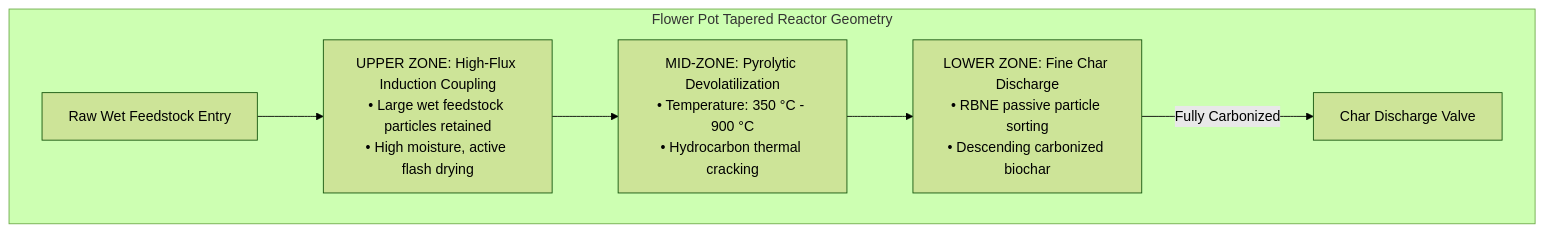
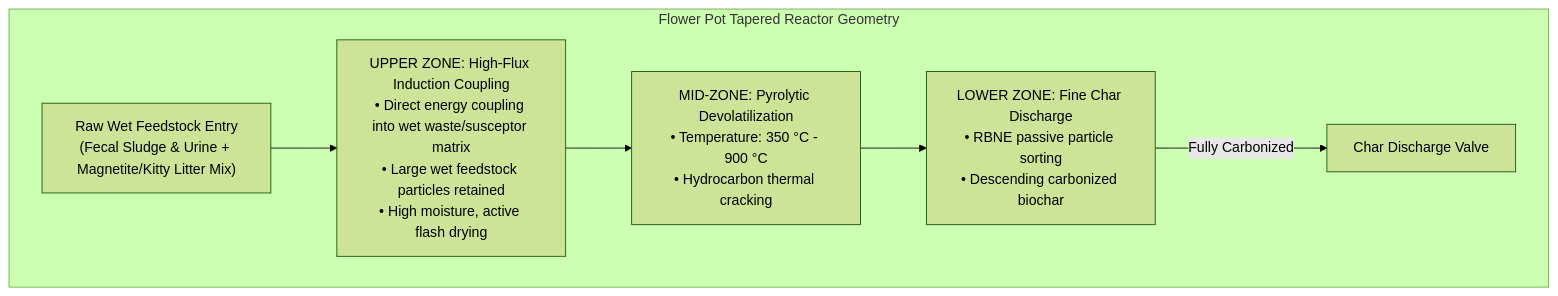
Before and after one commit to PubInv/Biochar-Toilet: the third of 7 diagrams in paper/paper.md, drawn with Mermaid (forest theme). The commit also changed other lines of this file and 1 other file, not shown here.

First line of the commit message:
Add bentonite clay/kitty litter susceptor matrix details to paper

````diff
--- a/paper/paper.md
+++ b/paper/paper.md
@@ -133,15 +133,15 @@
 ```mermaid
 graph TD
     subgraph Reactor["Flower Pot Tapered Reactor Geometry"]
-        A["Raw Wet Feedstock Entry"]
-        B["UPPER ZONE: High-Flux Induction Coupling<br/>• Large wet feedstock particles retained<br/>• High moisture, active flash drying"]
+        A["Raw Wet Feedstock Entry<br/>(Fecal Sludge & Urine + Magnetite/Kitty Litter Mix)"]
+        B["UPPER ZONE: High-Flux Induction Coupling<br/>• Direct energy coupling into wet waste/susceptor matrix<br/>• Large wet feedstock particles retained<br/>• High moisture, active flash drying"]
         C["MID-ZONE: Pyrolytic Devolatilization<br/>• Temperature: 350 °C - 900 °C<br/>• Hydrocarbon thermal cracking"]
         D["LOWER ZONE: Fine Char Discharge<br/>• RBNE passive particle sorting<br/>• Descending carbonized biochar"]
         E["Char Discharge Valve"]
 
         A --> B
         B --> C
         C --> D
         D -->|Fully Carbonized| E
     end
 ```
````
